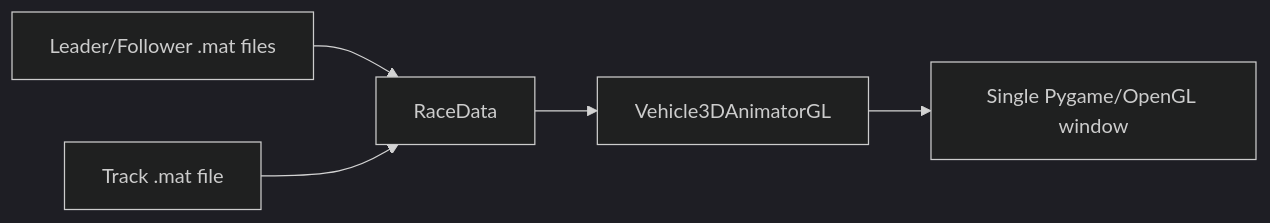
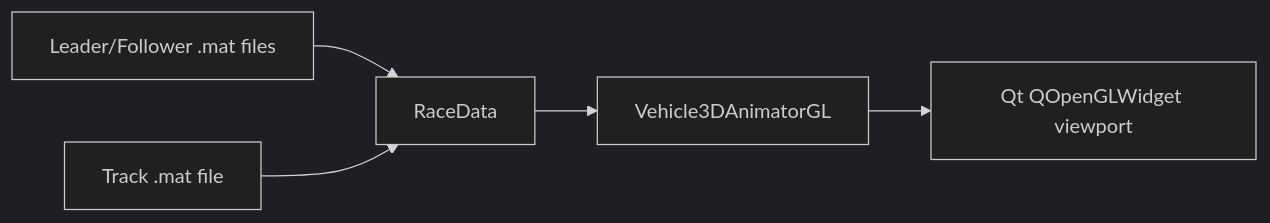
The second of 2 diagrams in docs/architecture.md (CharlvdM/phd-3D-animator), drawn with Mermaid (dark theme) before and after one commit. The commit also changed other lines of this file and 11 other files, not shown here.

First line of the commit message:
Add Qt QOpenGLWidget HUD as default animator shell

````diff
--- a/docs/architecture.md
+++ b/docs/architecture.md
@@ -35,7 +39,7 @@
 ```mermaid
 flowchart LR
     A["Leader/Follower .mat files"] --> B["RaceData"]
     D["Track .mat file"] --> B
     B --> C["Vehicle3DAnimatorGL"]
-    C --> E["Single Pygame/OpenGL window"]
+    C --> E["Qt QOpenGLWidget viewport"]
 ```
````
